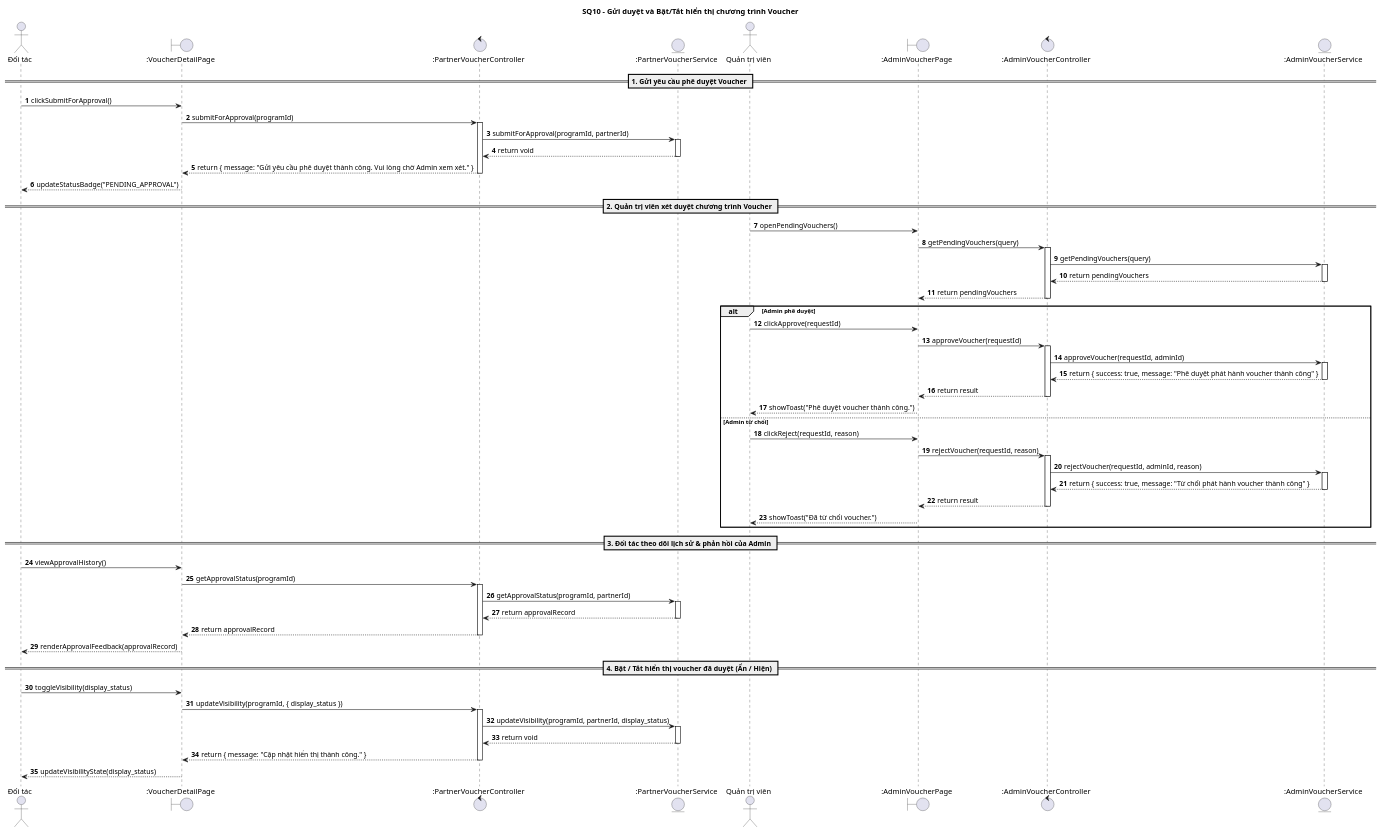
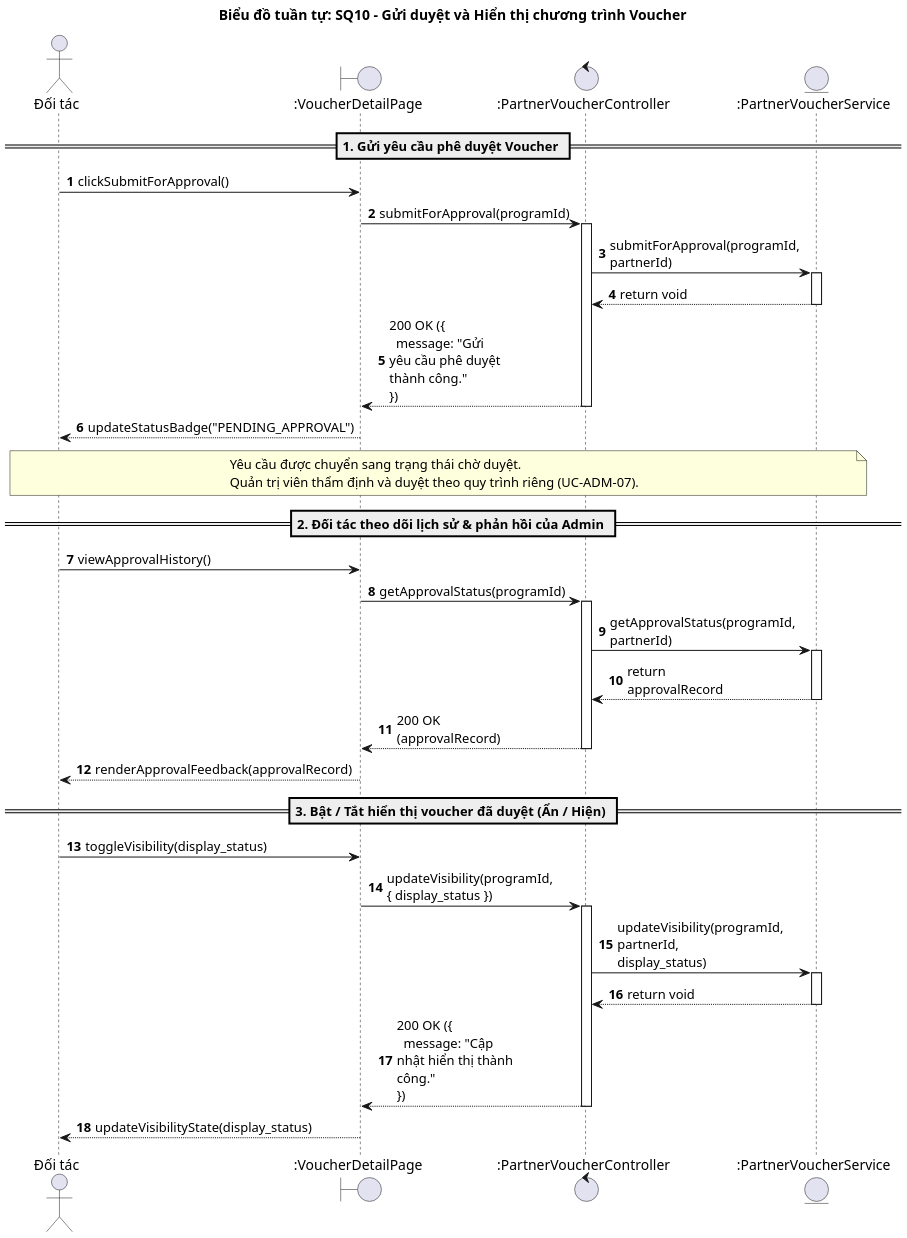
The diagram in doc/sequence/doi_tac/SQ10_gui_duyet_va_hien_thi_voucher.wsd (Ngo-The-Dat/e-voucher-system), drawn with PlantUML before and after one commit. The commit also changed 82 other files, not shown here.

```diff
--- a/doc/sequence/doi_tac/SQ10_gui_duyet_va_hien_thi_voucher.wsd
+++ b/doc/sequence/doi_tac/SQ10_gui_duyet_va_hien_thi_voucher.wsd
@@ -1,88 +1,56 @@
 @startuml
-title SQ10 - Gửi duyệt và Bật/Tắt hiển thị chương trình Voucher
+title Biểu đồ tuần tự: SQ10 - Gửi duyệt và Hiển thị chương trình Voucher
 
 autonumber
+skinparam dpi 180
+skinparam maxMessageSize 120
 skinparam BoxPadding 10
 skinparam ParticipantPadding 10
 
 actor "Đối tác" as DT
 boundary ":VoucherDetailPage" as UI
 control ":PartnerVoucherController" as Ctrl
 entity ":PartnerVoucherService" as Svc
-actor "Quản trị viên" as Admin
-boundary ":AdminVoucherPage" as AdminUI
-control ":AdminVoucherController" as AdminCtrl
-entity ":AdminVoucherService" as AdminSvc
 
 == 1. Gửi yêu cầu phê duyệt Voucher ==
 DT -> UI: clickSubmitForApproval()
 UI -> Ctrl: submitForApproval(programId)
 activate Ctrl
 Ctrl -> Svc: submitForApproval(programId, partnerId)
 activate Svc
 Svc --> Ctrl: return void
 deactivate Svc
-Ctrl --> UI: return { message: "Gửi yêu cầu phê duyệt thành công. Vui lòng chờ Admin xem xét." }
+Ctrl --> UI: 200 OK ({\n  message: "Gửi yêu cầu phê duyệt thành công."\n})
 deactivate Ctrl
 UI --> DT: updateStatusBadge("PENDING_APPROVAL")
 
-== 2. Quản trị viên xét duyệt chương trình Voucher ==
-Admin -> AdminUI: openPendingVouchers()
-AdminUI -> AdminCtrl: getPendingVouchers(query)
-activate AdminCtrl
-AdminCtrl -> AdminSvc: getPendingVouchers(query)
-activate AdminSvc
-AdminSvc --> AdminCtrl: return pendingVouchers
-deactivate AdminSvc
-AdminCtrl --> AdminUI: return pendingVouchers
-deactivate AdminCtrl
+note over DT, Svc
+  Yêu cầu được chuyển sang trạng thái chờ duyệt.
+  Quản trị viên thẩm định và duyệt theo quy trình riêng (UC-ADM-07).
+end note
 
-alt Admin phê duyệt
-    Admin -> AdminUI: clickApprove(requestId)
-    AdminUI -> AdminCtrl: approveVoucher(requestId)
-    activate AdminCtrl
-    AdminCtrl -> AdminSvc: approveVoucher(requestId, adminId)
-    activate AdminSvc
-    AdminSvc --> AdminCtrl: return { success: true, message: "Phê duyệt phát hành voucher thành công" }
-    deactivate AdminSvc
-    AdminCtrl --> AdminUI: return result
-    deactivate AdminCtrl
-    AdminUI --> Admin: showToast("Phê duyệt voucher thành công.")
-else Admin từ chối
-    Admin -> AdminUI: clickReject(requestId, reason)
-    AdminUI -> AdminCtrl: rejectVoucher(requestId, reason)
-    activate AdminCtrl
-    AdminCtrl -> AdminSvc: rejectVoucher(requestId, adminId, reason)
-    activate AdminSvc
-    AdminSvc --> AdminCtrl: return { success: true, message: "Từ chối phát hành voucher thành công" }
-    deactivate AdminSvc
-    AdminCtrl --> AdminUI: return result
-    deactivate AdminCtrl
-    AdminUI --> Admin: showToast("Đã từ chối voucher.")
-end
-
-== 3. Đối tác theo dõi lịch sử & phản hồi của Admin ==
+== 2. Đối tác theo dõi lịch sử & phản hồi của Admin ==
 DT -> UI: viewApprovalHistory()
 UI -> Ctrl: getApprovalStatus(programId)
 activate Ctrl
 Ctrl -> Svc: getApprovalStatus(programId, partnerId)
 activate Svc
 Svc --> Ctrl: return approvalRecord
 deactivate Svc
-Ctrl --> UI: return approvalRecord
+Ctrl --> UI: 200 OK (approvalRecord)
 deactivate Ctrl
 UI --> DT: renderApprovalFeedback(approvalRecord)
 
-== 4. Bật / Tắt hiển thị voucher đã duyệt (Ẩn / Hiện) ==
+== 3. Bật / Tắt hiển thị voucher đã duyệt (Ẩn / Hiện) ==
 DT -> UI: toggleVisibility(display_status)
 UI -> Ctrl: updateVisibility(programId, { display_status })
 activate Ctrl
 Ctrl -> Svc: updateVisibility(programId, partnerId, display_status)
 activate Svc
 Svc --> Ctrl: return void
 deactivate Svc
-Ctrl --> UI: return { message: "Cập nhật hiển thị thành công." }
+Ctrl --> UI: 200 OK ({\n  message: "Cập nhật hiển thị thành công."\n})
 deactivate Ctrl
 UI --> DT: updateVisibilityState(display_status)
 
 @enduml
```
